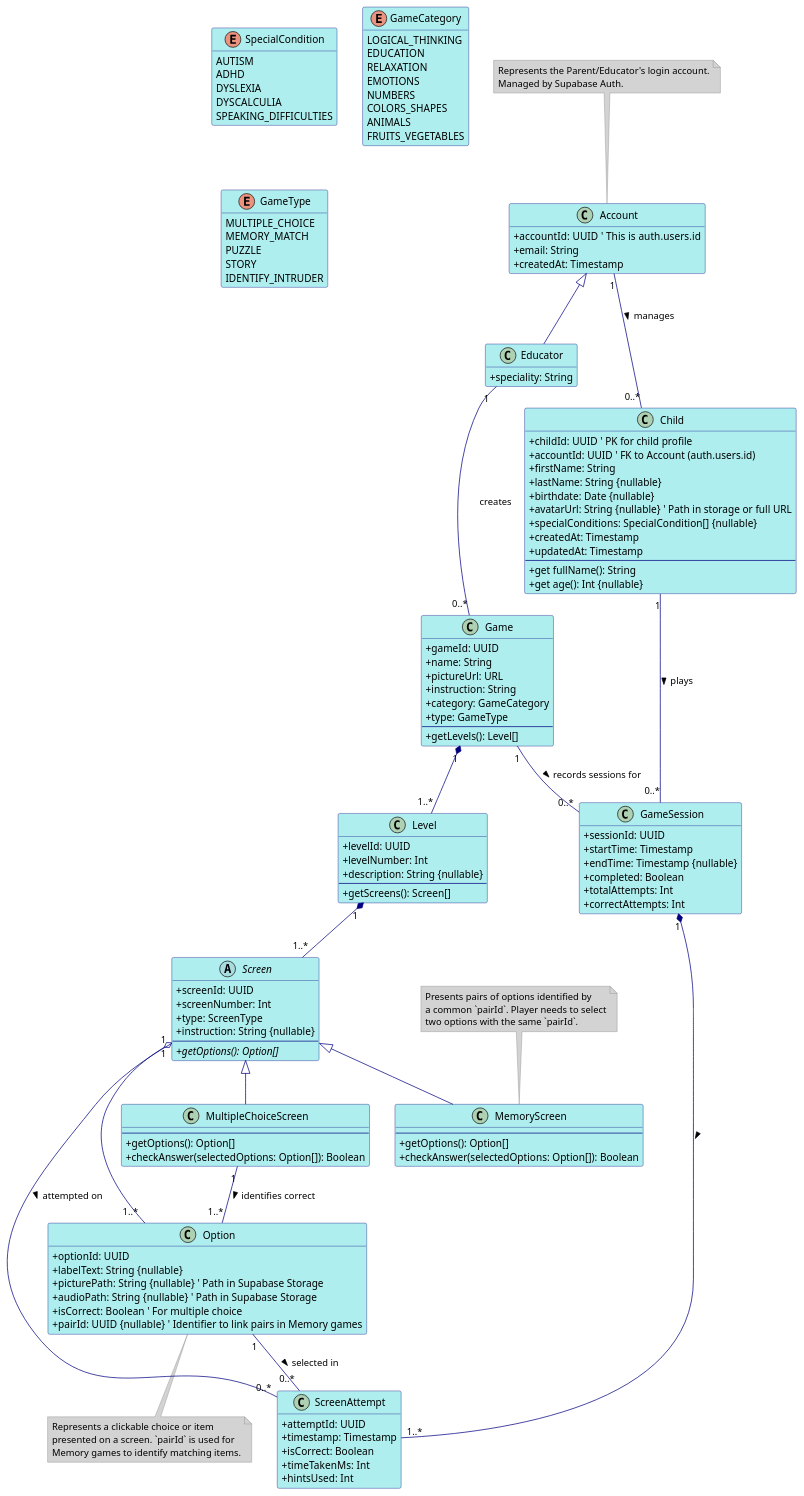
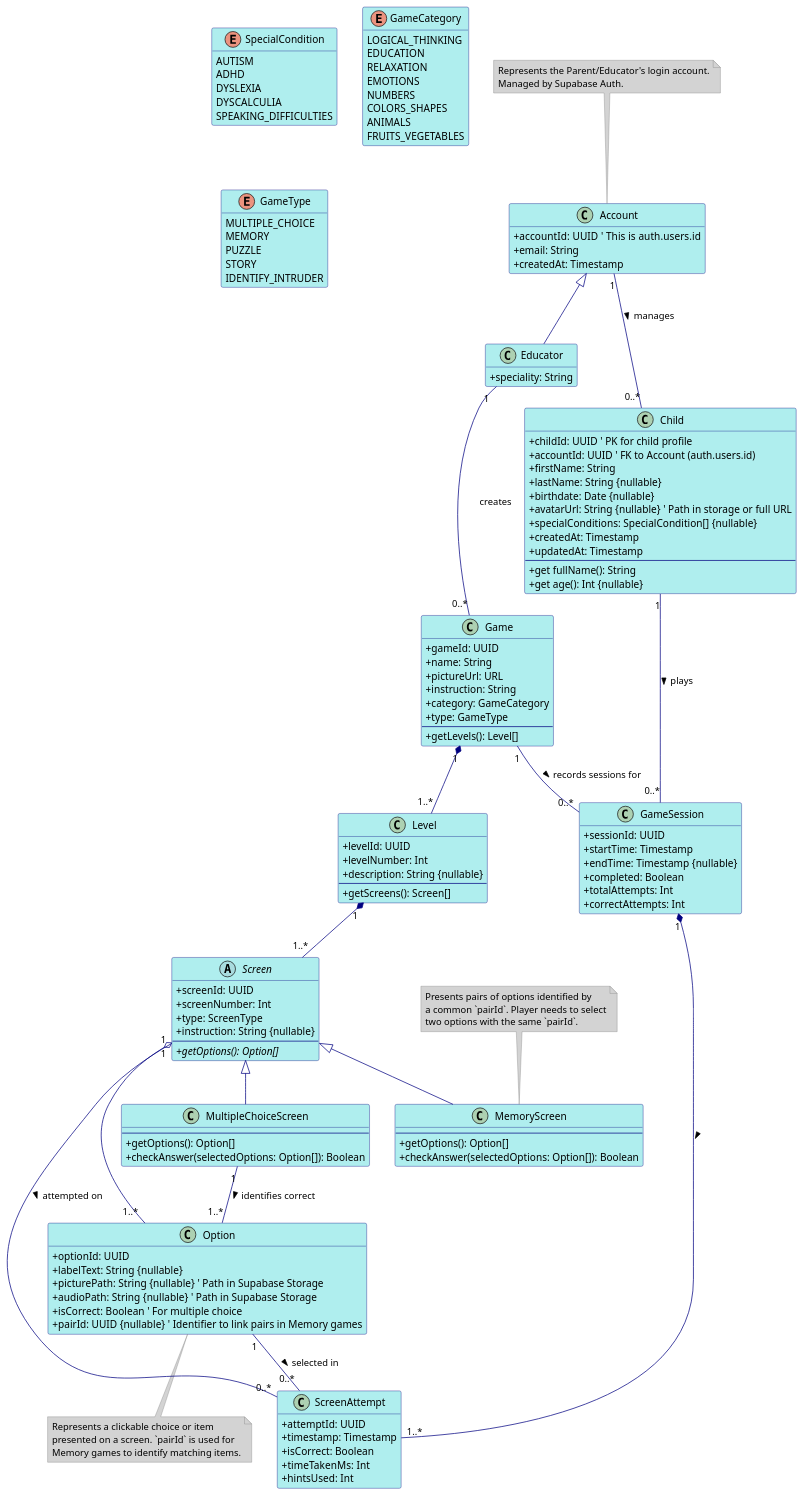
Before and after one commit to YounesMakhlouf/PFA: the diagram in docs/entity_diagram.puml, drawn with PlantUML. The commit also changed 23 other files, not shown here.

```diff
--- a/docs/entity_diagram.puml
+++ b/docs/entity_diagram.puml
@@ -1,184 +1,184 @@
 @startuml
 
 ' Basic styling for clarity
 skinparam classAttributeIconSize 0
 hide empty members
 skinparam shadowing false
 skinparam defaultFontName Segoe UI
 skinparam class {
     BackgroundColor PaleTurquoise
     ArrowColor Navy
     BorderColor Navy
 }
 skinparam enum {
     BackgroundColor LightYellow
     ArrowColor Olive
     BorderColor Olive
 }
 skinparam abstract {
     BackgroundColor LightGray
 }
 skinparam note {
     BackgroundColor LightGrey
     BorderColor Grey
 }
 
 ' --- Enumerations ---
 
 enum SpecialCondition {
   AUTISM
   ADHD
   DYSLEXIA
   DYSCALCULIA
   SPEAKING_DIFFICULTIES
 }
 
 enum GameCategory {
   LOGICAL_THINKING
   EDUCATION
   RELAXATION
   EMOTIONS
   NUMBERS
   COLORS_SHAPES
   ANIMALS
   FRUITS_VEGETABLES
 }
 
 enum GameType {
   MULTIPLE_CHOICE
-  MEMORY_MATCH
+  MEMORY
   PUZZLE
   STORY
   IDENTIFY_INTRUDER
 }
 
 ' --- User Hierarchy ---
 
 class Educator extends Account {
   + speciality: String
 }
 
 class Account {
   + accountId: UUID  ' This is auth.users.id
   + email: String
   ' password handled by Supabase Auth
   + createdAt: Timestamp
 }
 note top of Account : Represents the Parent/Educator's login account.\nManaged by Supabase Auth.
 
 class Child {
   + childId: UUID ' PK for child profile
   + accountId: UUID ' FK to Account (auth.users.id)
   + firstName: String
   + lastName: String {nullable}
   + birthdate: Date {nullable}
   + avatarUrl: String {nullable} ' Path in storage or full URL
   + specialConditions: SpecialCondition[] {nullable}
   + createdAt: Timestamp
   + updatedAt: Timestamp
   --
   + get fullName(): String
   + get age(): Int {nullable}
 }
 
 
 ' --- Game Structure ---
 
 class Game {
   + gameId: UUID
   + name: String
   + pictureUrl: URL
   + instruction: String
   + category: GameCategory
   + type: GameType
   --
   + getLevels(): Level[]
 }
 
 class Level {
   + levelId: UUID
   + levelNumber: Int
   + description: String {nullable}
   --
   + getScreens(): Screen[]
 }
 
 abstract class Screen {
   + screenId: UUID
   + screenNumber: Int
   + type: ScreenType
   + instruction: String {nullable}
   --
   + {abstract} getOptions(): Option[]
 }
 
 class MultipleChoiceScreen extends Screen {
   --
   + getOptions(): Option[]
   + checkAnswer(selectedOptions: Option[]): Boolean
 }
 
 class MemoryScreen extends Screen {
   --
   + getOptions(): Option[]
   + checkAnswer(selectedOptions: Option[]): Boolean
 }
 note top of MemoryScreen
   Presents pairs of options identified by
   a common `pairId`. Player needs to select
   two options with the same `pairId`.
 end note
 
 class Option {
   + optionId: UUID
   + labelText: String {nullable}
   + picturePath: String {nullable} ' Path in Supabase Storage
   + audioPath: String {nullable} ' Path in Supabase Storage
   + isCorrect: Boolean ' For multiple choice
   + pairId: UUID {nullable} ' Identifier to link pairs in Memory games
 }
 note bottom of Option
   Represents a clickable choice or item
   presented on a screen. `pairId` is used for
   Memory games to identify matching items.
 end note
 
 ' --- Progress Tracking ---
 
 class GameSession {
   + sessionId: UUID
   + startTime: Timestamp
   + endTime: Timestamp {nullable}
   + completed: Boolean
   + totalAttempts: Int
   + correctAttempts: Int
 }
 
 class ScreenAttempt {
   + attemptId: UUID
   + timestamp: Timestamp
   + isCorrect: Boolean
   + timeTakenMs: Int
   + hintsUsed: Int
 }
 
 
 ' --- Relationships ---
 Account "1" -- "0..*" Child : manages >
 Educator "1" -- "0..*" Game : creates
 
 ' Game Structure Relationships
 Game "1" *-- "1..*" Level
 Level "1" *-- "1..*" Screen
 Screen "1" o-- "1..*" Option
 
 MultipleChoiceScreen "1" -- "1..*" Option : identifies correct >
 
 ' Progress Tracking Relationships
 Child "1" -- "0..*" GameSession : plays >
 Game "1" -- "0..*" GameSession : records sessions for >
 GameSession "1" *-- "1..*" ScreenAttempt : >
 Screen "1" -- "0..*" ScreenAttempt : attempted on >
 Option "1" -- "0..*" ScreenAttempt : selected in >
 
 @enduml
```
